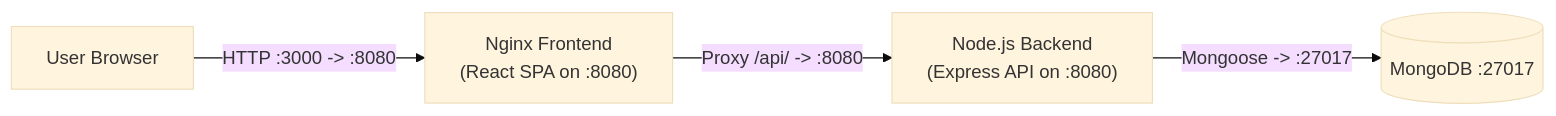
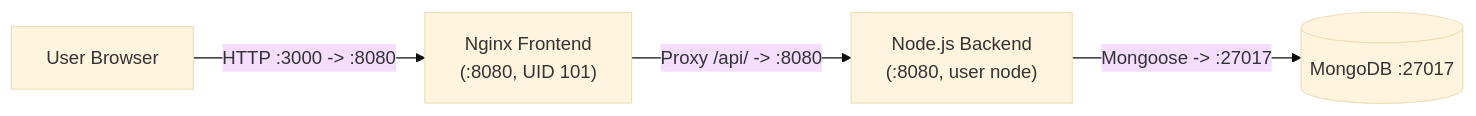
One commit to vkashsingh/shopkart-app changed the first of 2 diagrams in README.md. Above: the diagram before and after it, drawn with Mermaid (base theme). The commit also changed other lines of this file, not shown here.

````diff
--- a/README.md
+++ b/README.md
@@ -23,6 +15,6 @@
 ```mermaid
 flowchart LR
-    Browser["User Browser"] -->|"HTTP :3000 -> :8080"| Frontend["Nginx Frontend<br/>(React SPA on :8080)"]
-    Frontend -->|"Proxy /api/ -> :8080"| Backend["Node.js Backend<br/>(Express API on :8080)"]
+    Browser["User Browser"] -->|"HTTP :3000 -> :8080"| Frontend["Nginx Frontend<br/>(:8080, UID 101)"]
+    Frontend -->|"Proxy /api/ -> :8080"| Backend["Node.js Backend<br/>(:8080, user node)"]
     Backend -->|"Mongoose -> :27017"| Mongo[("MongoDB :27017")]
 ```
````
